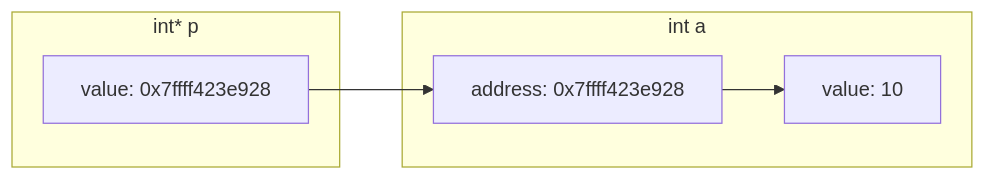
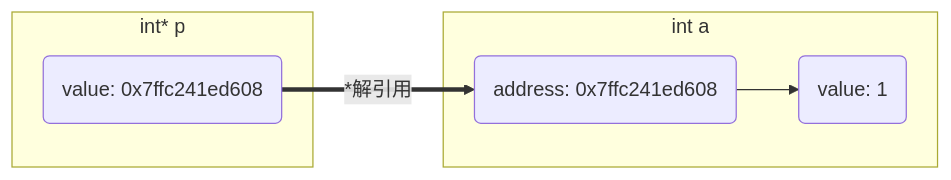
Before and after one commit to dmjcb/dmjcb.github.io: the third of 10 diagrams in _posts/c_c++/pointer/2022-01-08-pointer.md, drawn with Mermaid. The commit also changed other lines of this file and 22 other files, not shown here.

````diff
--- a/_posts/c_c++/pointer/2022-01-08-pointer.md
+++ b/_posts/c_c++/pointer/2022-01-08-pointer.md
@@ -140,13 +108,14 @@
 ```mermaid
 graph LR;
     subgraph a[int a]
-        V2[value: 10]
-        A2[address: 0x7ffff423e928]
-        A2-->V2
+        V2(value: 1)
+        A2(address: 0x7ffc241ed608)
     end
+
     subgraph p[int* p]
-        V1[value: 0x7ffff423e928]
+        V1(value: 0x7ffc241ed608)
     end
-    V1-->A2
 
+    V1=="*解引用"==>A2
+    A2-->V2
 ```
````
